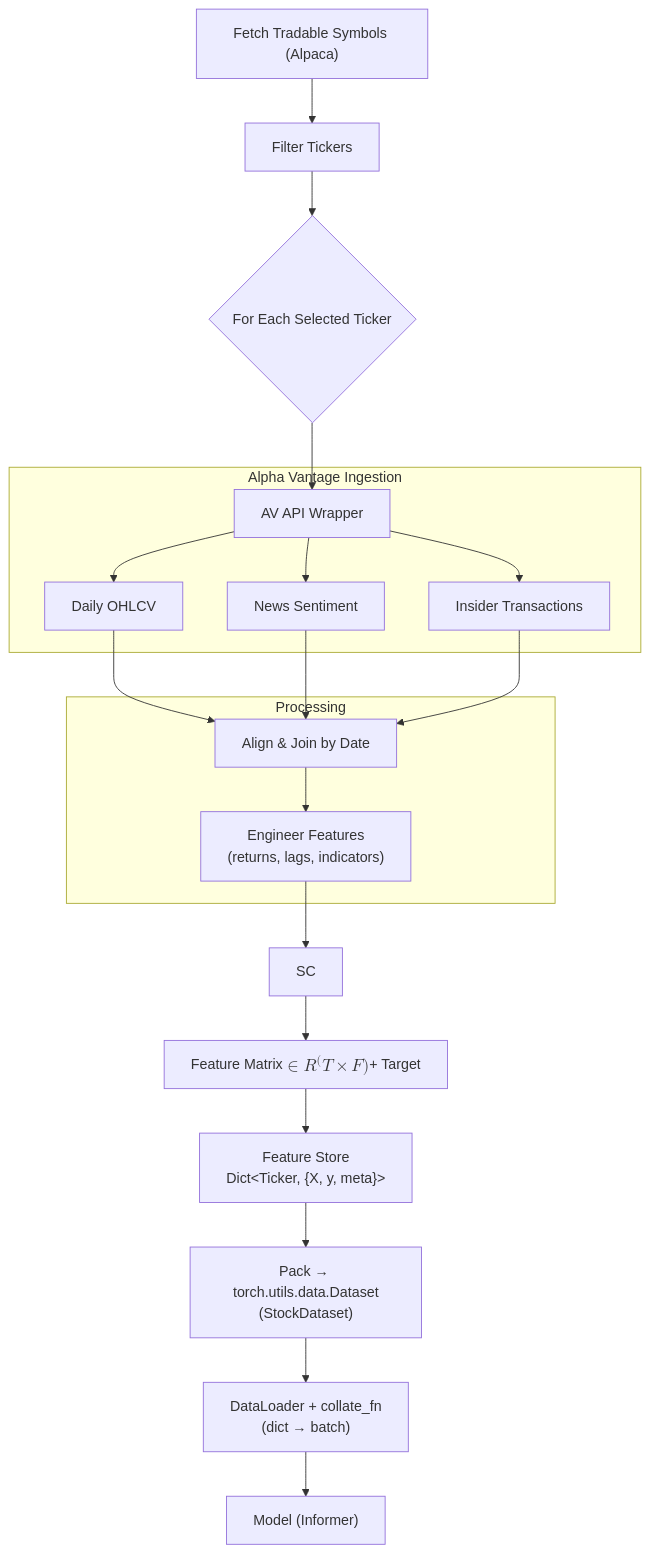
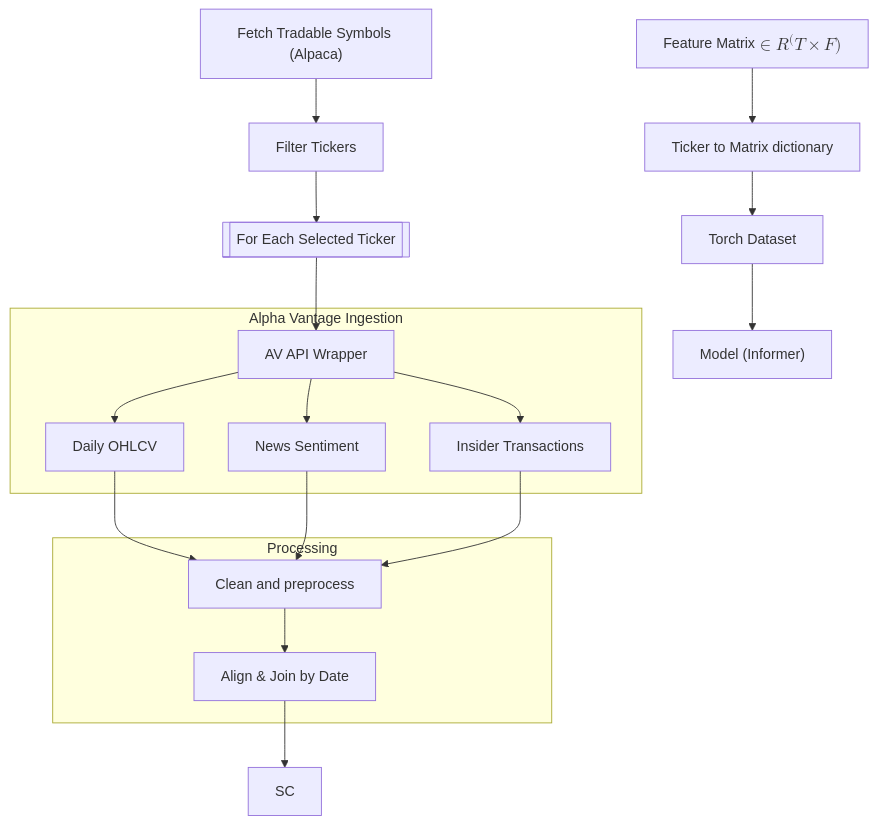
One commit to KYZZHECIK/stock_solver changed the diagram in README.md. Above: the diagram before and after it, drawn with Mermaid.

````diff
--- a/README.md
+++ b/README.md
@@ -32,38 +32,32 @@
 ```mermaid
 flowchart TD
     A["Fetch Tradable Symbols (Alpaca)"]:::proc --> B[Filter Tickers]:::proc
-    B --> C{For Each Selected Ticker}:::gate
+    B --> C[[For Each Selected Ticker]]:::gate
     
     subgraph INGEST[Alpha Vantage Ingestion]
         AV[AV API Wrapper]:::code
         TS[Daily OHLCV]:::data
         NS[News Sentiment]:::data
         IT[Insider Transactions]:::data
         AV --> TS
         AV --> NS
         AV --> IT
     end
 
     C --> AV
 
     subgraph PROC[Processing]
+        FE["Clean and preprocess"]:::proc
         JN[Align & Join by Date]:::proc
-        FE["Engineer Features <br> (returns, lags, indicators)"]:::proc
     end
 
-    TS --> JN
-    NS --> JN
-    IT --> JN
-    JN --> FE --> SC
+    TS --> FE
+    NS --> FE
+    IT --> FE
+    FE --> JN --> SC
 
-    FM["Feature Matrix $$\in \mathbb{R}^(T×F)$$ + Target"]:::artifact
-    SC --> FM
-    STORE["Feature Store<br>Dict&lt;Ticker, {X, y, meta}&gt;"]:::store
-    FM --> STORE
-    
-    DS["Pack → torch.utils.data.Dataset<br/>(StockDataset)"]:::code
-    CL["DataLoader + collate_fn<br/>(dict → batch)"]:::code
-    STORE --> DS --> CL
-
-    CL --> M["Model (Informer)"]:::artifact
+    FM["Feature Matrix $$\in R^(T×F)$$"]:::artifact
+    FM --> DC[Ticker to Matrix dictionary]
+    DC --> DA[Torch Dataset]
+    DA --> M["Model (Informer)"]:::artifact
 ```
````
